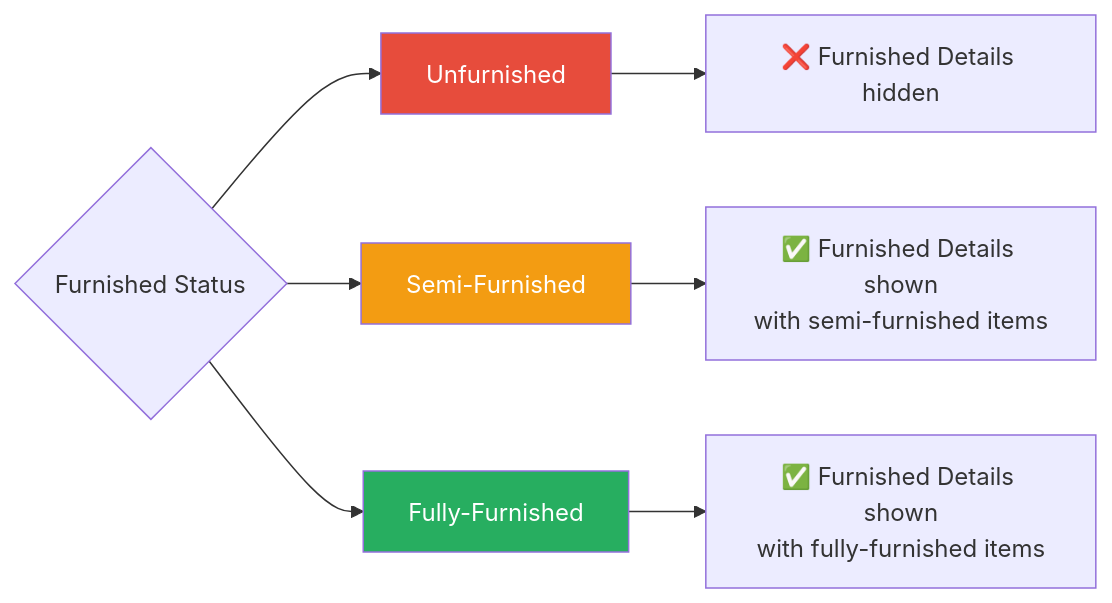
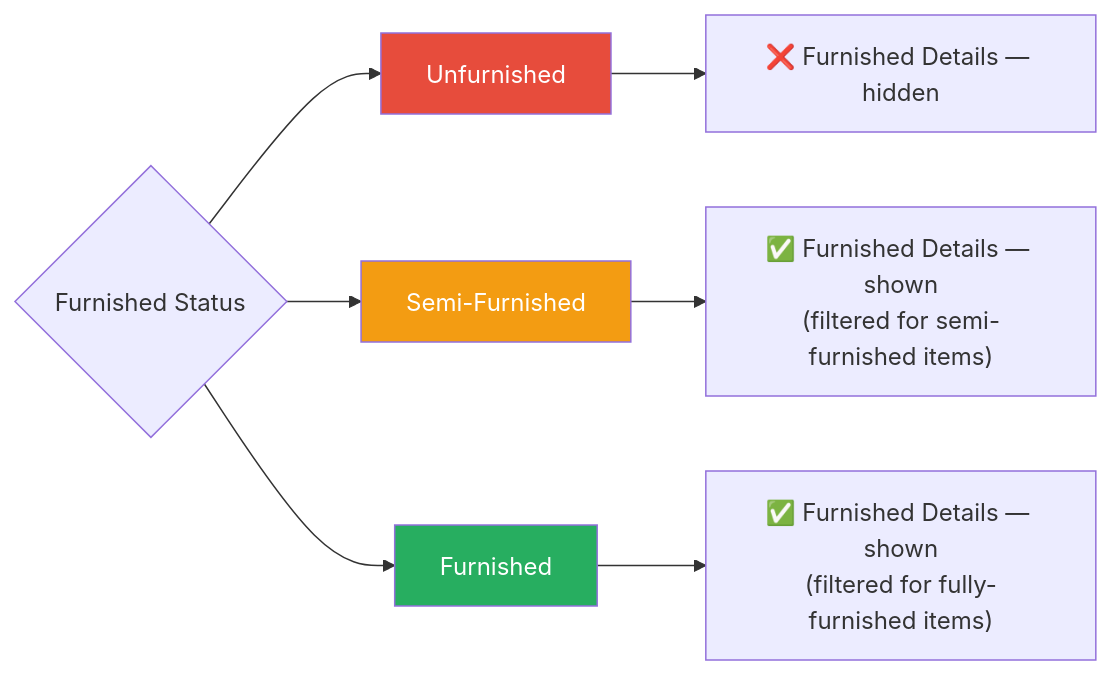
One commit to shackshyam/property changed the third of 4 diagrams in README.md. Above: the diagram before and after it, drawn with Mermaid. The commit also changed other lines of this file, not shown here.

Commit message:
Update README for Project Form details

````diff
--- a/README.md
+++ b/README.md
@@ -147,15 +139,19 @@
 ```mermaid
 graph LR
     FS{"Furnished Status"}
-    UF["Unfurnished"]
+    UNF["Unfurnished"]
     SF["Semi-Furnished"]
-    FF["Fully-Furnished"]
+    FF["Furnished"]
 
-    FS --> UF --> H["❌ Furnished Details hidden"]
-    FS --> SF --> S["✅ Furnished Details shown<br>with semi-furnished items"]
-    FS --> FF --> F["✅ Furnished Details shown<br>with fully-furnished items"]
+    FS --> UNF
+    FS --> SF
+    FS --> FF
 
-    style UF fill:#E74C3C,color:#fff
+    UNF --> U1["❌ Furnished Details — hidden"]
+    SF --> S1["✅ Furnished Details — shown<br>(filtered for semi-furnished items)"]
+    FF --> F1["✅ Furnished Details — shown<br>(filtered for fully-furnished items)"]
+
+    style UNF fill:#E74C3C,color:#fff
     style SF fill:#F39C12,color:#fff
     style FF fill:#27AE60,color:#fff
 ```
````
